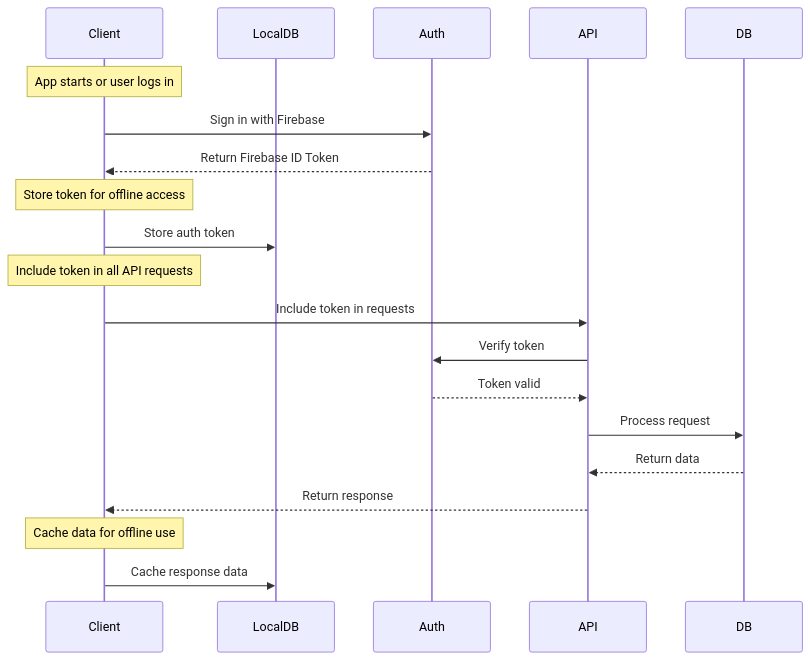
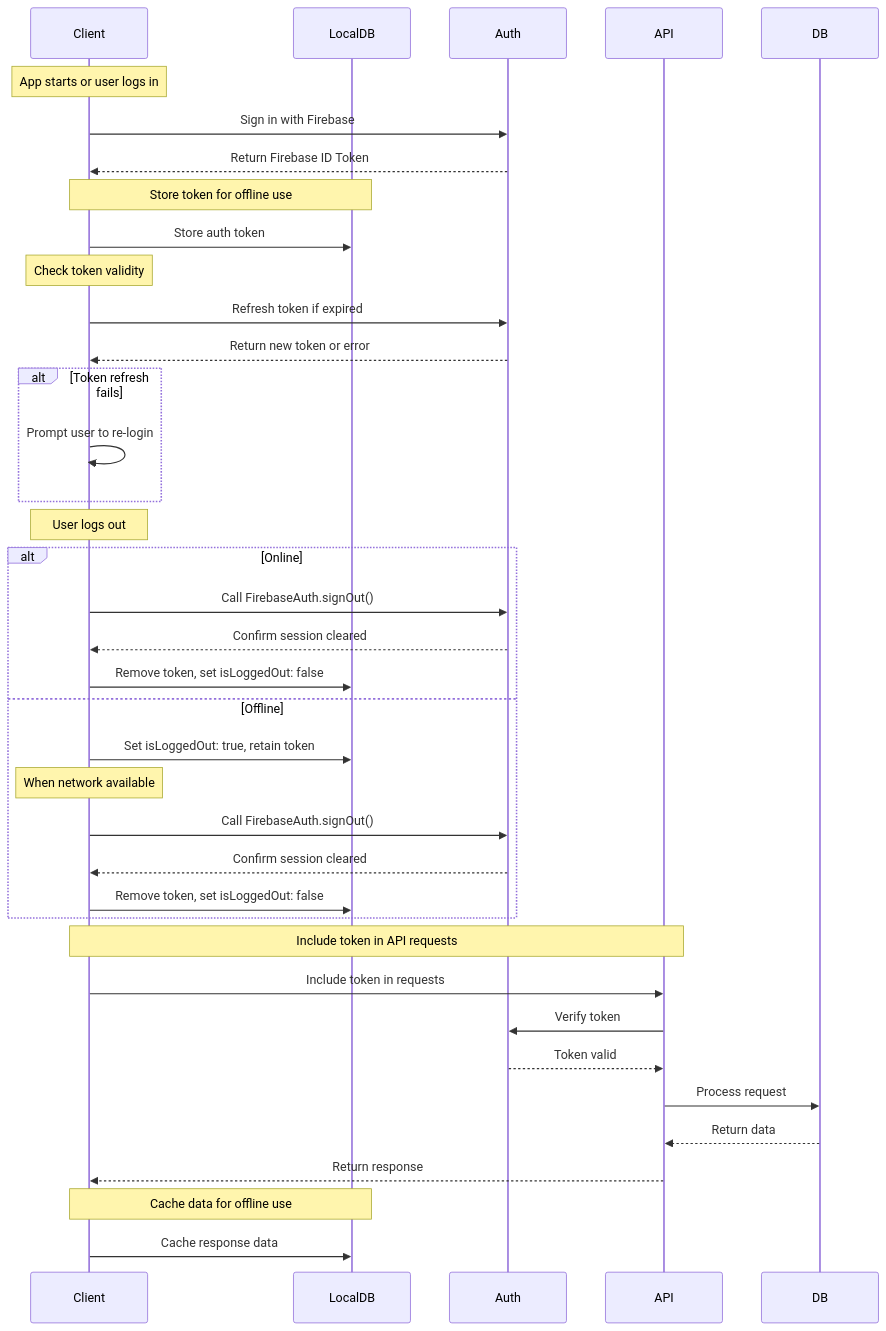
Before and after one commit to lhhiep2204/Locify: the first of 5 diagrams in docs/Locify_System_Architecture.md, drawn with Mermaid. The commit also changed other lines of this file and 5 other files, not shown here.

Commit message:
Update documentation for clarity and optimized data flow notes

````diff
--- a/docs/Locify_System_Architecture.md
+++ b/docs/Locify_System_Architecture.md
@@ -116,23 +47,41 @@
 ```mermaid
 sequenceDiagram
     participant Client
     participant LocalDB
     participant Auth
     participant API
     participant DB
 
     Note over Client: App starts or user logs in
     Client->>Auth: Sign in with Firebase
     Auth-->>Client: Return Firebase ID Token
-    Note over Client: Store token for offline access
+    Note over Client,LocalDB: Store token for offline use
     Client->>LocalDB: Store auth token
-    Note over Client: Include token in all API requests
+    Note over Client: Check token validity
+    Client->>Auth: Refresh token if expired
+    Auth-->>Client: Return new token or error
+    alt Token refresh fails
+        Client->>Client: Prompt user to re-login
+    end
+    Note over Client: User logs out
+    alt Online
+        Client->>Auth: Call FirebaseAuth.signOut()
+        Auth-->>Client: Confirm session cleared
+        Client->>LocalDB: Remove token, set isLoggedOut: false
+    else Offline
+        Client->>LocalDB: Set isLoggedOut: true, retain token
+        Note over Client: When network available
+        Client->>Auth: Call FirebaseAuth.signOut()
+        Auth-->>Client: Confirm session cleared
+        Client->>LocalDB: Remove token, set isLoggedOut: false
+    end
+    Note over Client,API: Include token in API requests
     Client->>API: Include token in requests
     API->>Auth: Verify token
     Auth-->>API: Token valid
     API->>DB: Process request
     DB-->>API: Return data
     API-->>Client: Return response
-    Note over Client: Cache data for offline use
+    Note over Client,LocalDB: Cache data for offline use
     Client->>LocalDB: Cache response data
 ```
````
